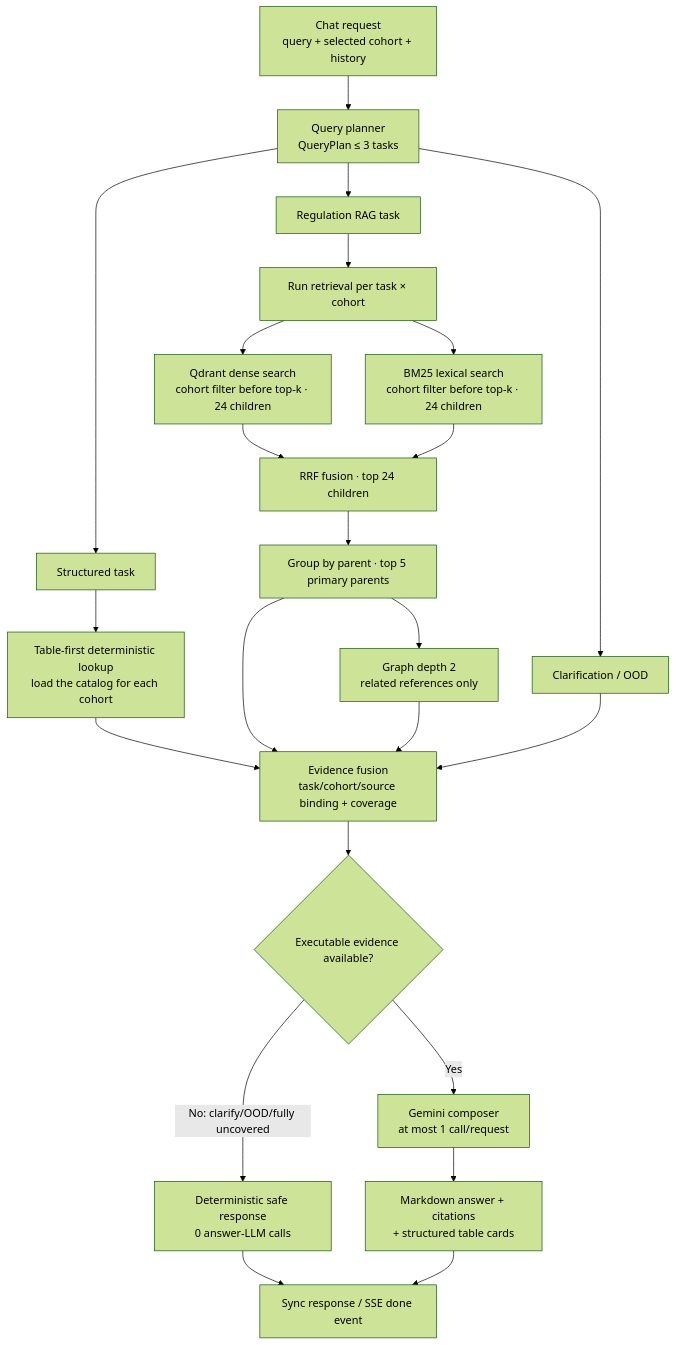
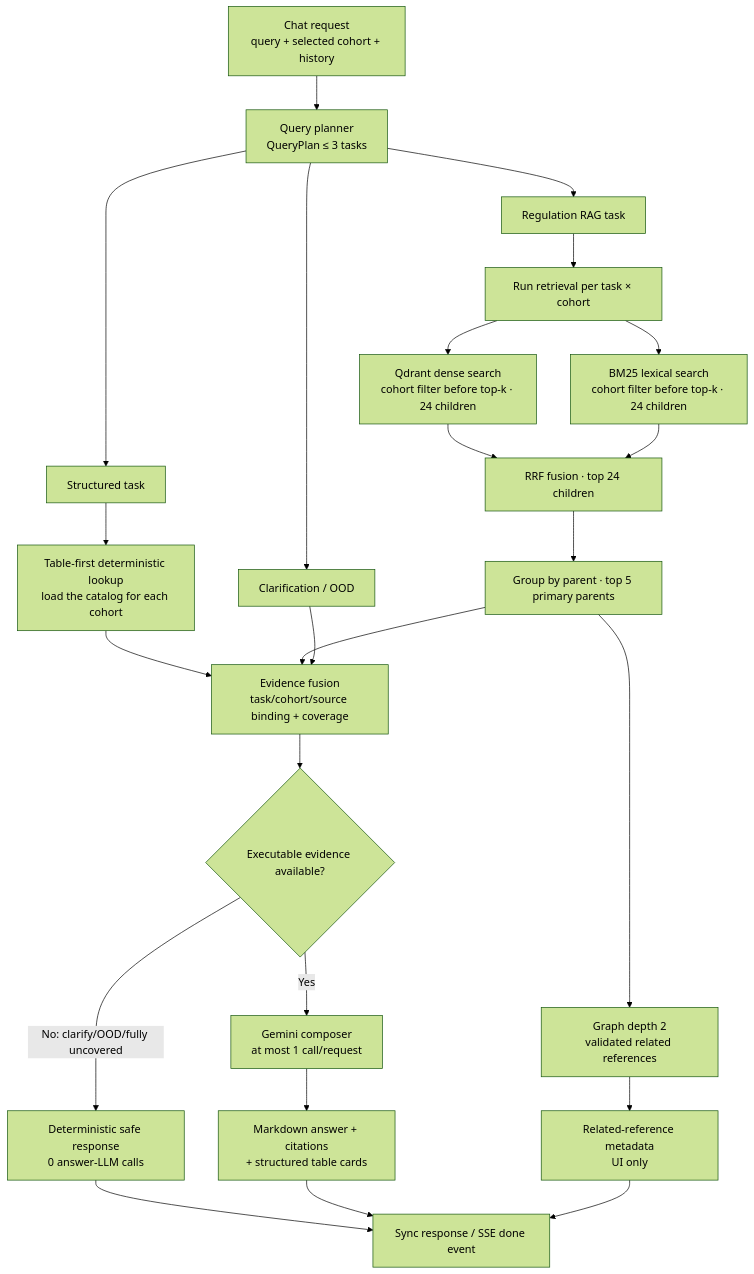
One commit to AnhPhiNe/student-handbook-rag-chatbot changed the third of 4 diagrams in README.md. Above: the diagram before and after it, drawn with Mermaid (forest theme). The commit also changed other lines of this file and 4 other files, not shown here.

Commit message:
docs: publish architecture v7 release evaluation

````diff
--- a/README.md
+++ b/README.md
@@ -108,29 +108,30 @@
 ```mermaid
 flowchart TD
     Request["Chat request<br/>query + selected cohort + history"] --> Plan["Query planner<br/>QueryPlan ≤ 3 tasks"]
     Plan --> S["Structured task"]
     Plan --> R["Regulation RAG task"]
     Plan --> C["Clarification / OOD"]
 
     S --> Lookup["Table-first deterministic lookup<br/>load the catalog for each cohort"]
 
     R --> PerCohort["Run retrieval per task × cohort"]
     PerCohort --> Dense["Qdrant dense search<br/>cohort filter before top-k · 24 children"]
     PerCohort --> Sparse["BM25 lexical search<br/>cohort filter before top-k · 24 children"]
     Dense --> RRF["RRF fusion · top 24 children"]
     Sparse --> RRF
     RRF --> Group["Group by parent · top 5 primary parents"]
-    Group --> Expand["Graph depth 2<br/>related references only"]
+    Group --> Expand["Graph depth 2<br/>validated related references"]
 
     Lookup --> Packet["Evidence fusion<br/>task/cohort/source binding + coverage"]
     Group --> Packet
-    Expand --> Packet
+    Expand --> RelatedUI["Related-reference metadata<br/>UI only"]
     C --> Packet
 
     Packet --> Terminal{"Executable evidence available?"}
     Terminal -->|"No: clarify/OOD/fully uncovered"| Deterministic["Deterministic safe response<br/>0 answer-LLM calls"]
     Terminal -->|"Yes"| Answer["Gemini composer<br/>at most 1 call/request"]
     Answer --> Render["Markdown answer + citations<br/>+ structured table cards"]
     Deterministic --> Response["Sync response / SSE done event"]
     Render --> Response
+    RelatedUI --> Response
 ```
````
